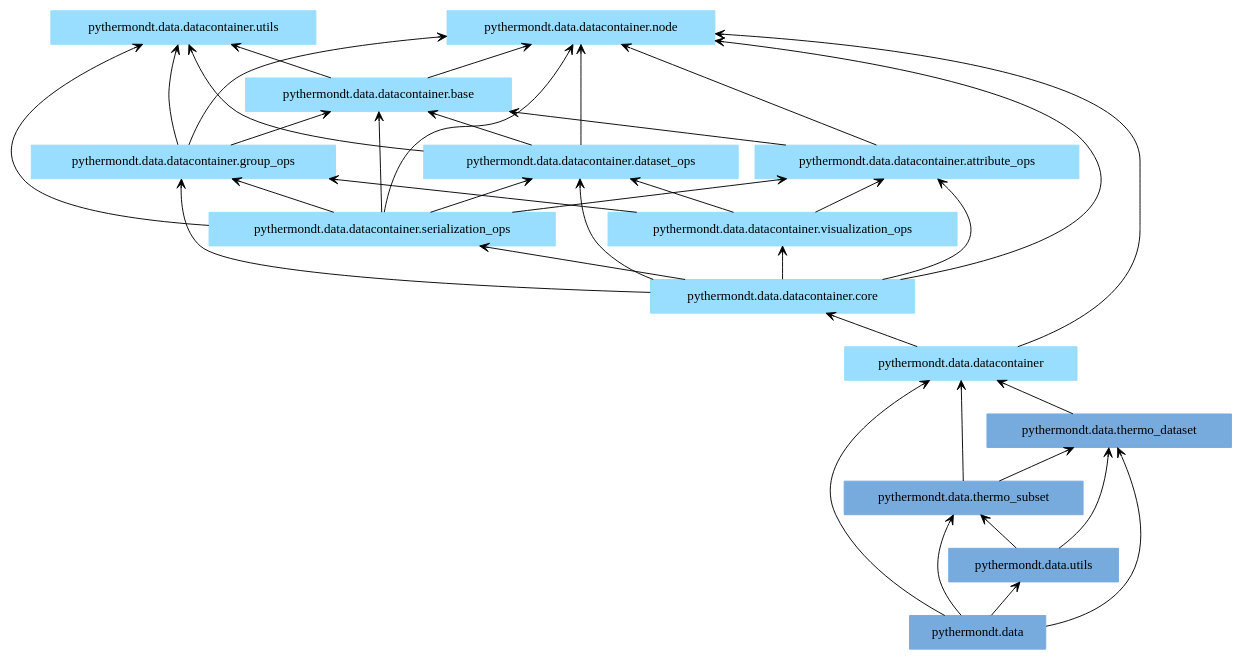
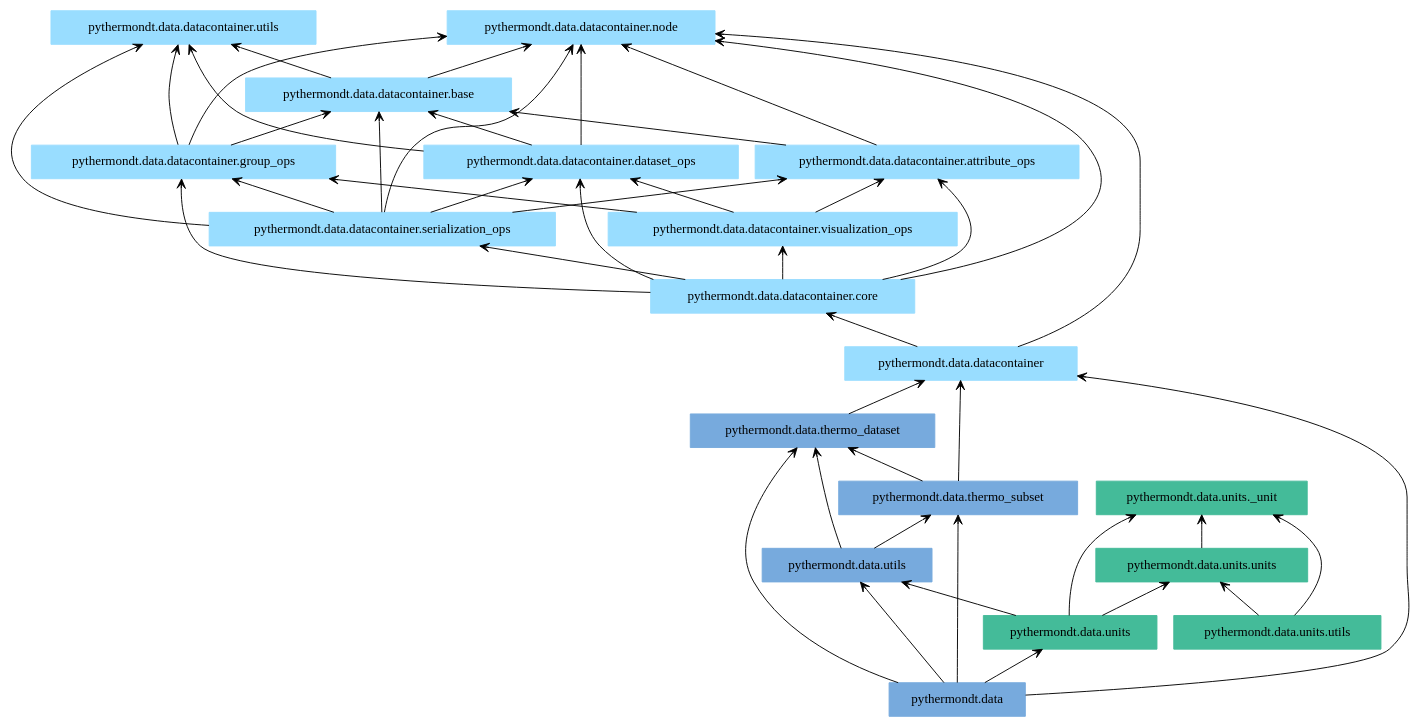
Before and after one commit to voidsy-gmbh/pyThermoNDT: the diagram in docs/pyreverse/packages_pythermondt.data.gv, drawn with Graphviz. The commit also changed 34 other files, not shown here.

```diff
--- a/docs/pyreverse/packages_pythermondt.data.gv
+++ b/docs/pyreverse/packages_pythermondt.data.gv
@@ -1,54 +1,65 @@
 digraph "packages_pythermondt.data" {
 rankdir=BT
 charset="utf-8"
 "pythermondt.data" [color="#77AADD", label=<pythermondt.data>, shape="box", style="filled"];
 "pythermondt.data.datacontainer" [color="#99DDFF", label=<pythermondt.data.datacontainer>, shape="box", style="filled"];
 "pythermondt.data.datacontainer.attribute_ops" [color="#99DDFF", label=<pythermondt.data.datacontainer.attribute_ops>, shape="box", style="filled"];
 "pythermondt.data.datacontainer.base" [color="#99DDFF", label=<pythermondt.data.datacontainer.base>, shape="box", style="filled"];
 "pythermondt.data.datacontainer.core" [color="#99DDFF", label=<pythermondt.data.datacontainer.core>, shape="box", style="filled"];
 "pythermondt.data.datacontainer.dataset_ops" [color="#99DDFF", label=<pythermondt.data.datacontainer.dataset_ops>, shape="box", style="filled"];
 "pythermondt.data.datacontainer.group_ops" [color="#99DDFF", label=<pythermondt.data.datacontainer.group_ops>, shape="box", style="filled"];
 "pythermondt.data.datacontainer.node" [color="#99DDFF", label=<pythermondt.data.datacontainer.node>, shape="box", style="filled"];
 "pythermondt.data.datacontainer.serialization_ops" [color="#99DDFF", label=<pythermondt.data.datacontainer.serialization_ops>, shape="box", style="filled"];
 "pythermondt.data.datacontainer.utils" [color="#99DDFF", label=<pythermondt.data.datacontainer.utils>, shape="box", style="filled"];
 "pythermondt.data.datacontainer.visualization_ops" [color="#99DDFF", label=<pythermondt.data.datacontainer.visualization_ops>, shape="box", style="filled"];
 "pythermondt.data.thermo_dataset" [color="#77AADD", label=<pythermondt.data.thermo_dataset>, shape="box", style="filled"];
 "pythermondt.data.thermo_subset" [color="#77AADD", label=<pythermondt.data.thermo_subset>, shape="box", style="filled"];
+"pythermondt.data.units" [color="#44BB99", label=<pythermondt.data.units>, shape="box", style="filled"];
+"pythermondt.data.units._unit" [color="#44BB99", label=<pythermondt.data.units._unit>, shape="box", style="filled"];
+"pythermondt.data.units.units" [color="#44BB99", label=<pythermondt.data.units.units>, shape="box", style="filled"];
+"pythermondt.data.units.utils" [color="#44BB99", label=<pythermondt.data.units.utils>, shape="box", style="filled"];
 "pythermondt.data.utils" [color="#77AADD", label=<pythermondt.data.utils>, shape="box", style="filled"];
 "pythermondt.data" -> "pythermondt.data.datacontainer" [arrowhead="open", arrowtail="none"];
 "pythermondt.data" -> "pythermondt.data.thermo_dataset" [arrowhead="open", arrowtail="none"];
 "pythermondt.data" -> "pythermondt.data.thermo_subset" [arrowhead="open", arrowtail="none"];
+"pythermondt.data" -> "pythermondt.data.units" [arrowhead="open", arrowtail="none"];
 "pythermondt.data" -> "pythermondt.data.utils" [arrowhead="open", arrowtail="none"];
 "pythermondt.data.datacontainer" -> "pythermondt.data.datacontainer.core" [arrowhead="open", arrowtail="none"];
 "pythermondt.data.datacontainer" -> "pythermondt.data.datacontainer.node" [arrowhead="open", arrowtail="none"];
 "pythermondt.data.datacontainer.attribute_ops" -> "pythermondt.data.datacontainer.base" [arrowhead="open", arrowtail="none"];
 "pythermondt.data.datacontainer.attribute_ops" -> "pythermondt.data.datacontainer.node" [arrowhead="open", arrowtail="none"];
 "pythermondt.data.datacontainer.base" -> "pythermondt.data.datacontainer.node" [arrowhead="open", arrowtail="none"];
 "pythermondt.data.datacontainer.base" -> "pythermondt.data.datacontainer.utils" [arrowhead="open", arrowtail="none"];
 "pythermondt.data.datacontainer.core" -> "pythermondt.data.datacontainer.attribute_ops" [arrowhead="open", arrowtail="none"];
 "pythermondt.data.datacontainer.core" -> "pythermondt.data.datacontainer.dataset_ops" [arrowhead="open", arrowtail="none"];
 "pythermondt.data.datacontainer.core" -> "pythermondt.data.datacontainer.group_ops" [arrowhead="open", arrowtail="none"];
 "pythermondt.data.datacontainer.core" -> "pythermondt.data.datacontainer.node" [arrowhead="open", arrowtail="none"];
 "pythermondt.data.datacontainer.core" -> "pythermondt.data.datacontainer.serialization_ops" [arrowhead="open", arrowtail="none"];
 "pythermondt.data.datacontainer.core" -> "pythermondt.data.datacontainer.visualization_ops" [arrowhead="open", arrowtail="none"];
 "pythermondt.data.datacontainer.dataset_ops" -> "pythermondt.data.datacontainer.base" [arrowhead="open", arrowtail="none"];
 "pythermondt.data.datacontainer.dataset_ops" -> "pythermondt.data.datacontainer.node" [arrowhead="open", arrowtail="none"];
 "pythermondt.data.datacontainer.dataset_ops" -> "pythermondt.data.datacontainer.utils" [arrowhead="open", arrowtail="none"];
 "pythermondt.data.datacontainer.group_ops" -> "pythermondt.data.datacontainer.base" [arrowhead="open", arrowtail="none"];
 "pythermondt.data.datacontainer.group_ops" -> "pythermondt.data.datacontainer.node" [arrowhead="open", arrowtail="none"];
 "pythermondt.data.datacontainer.group_ops" -> "pythermondt.data.datacontainer.utils" [arrowhead="open", arrowtail="none"];
 "pythermondt.data.datacontainer.serialization_ops" -> "pythermondt.data.datacontainer.attribute_ops" [arrowhead="open", arrowtail="none"];
 "pythermondt.data.datacontainer.serialization_ops" -> "pythermondt.data.datacontainer.base" [arrowhead="open", arrowtail="none"];
 "pythermondt.data.datacontainer.serialization_ops" -> "pythermondt.data.datacontainer.dataset_ops" [arrowhead="open", arrowtail="none"];
 "pythermondt.data.datacontainer.serialization_ops" -> "pythermondt.data.datacontainer.group_ops" [arrowhead="open", arrowtail="none"];
 "pythermondt.data.datacontainer.serialization_ops" -> "pythermondt.data.datacontainer.node" [arrowhead="open", arrowtail="none"];
 "pythermondt.data.datacontainer.serialization_ops" -> "pythermondt.data.datacontainer.utils" [arrowhead="open", arrowtail="none"];
 "pythermondt.data.datacontainer.visualization_ops" -> "pythermondt.data.datacontainer.attribute_ops" [arrowhead="open", arrowtail="none"];
 "pythermondt.data.datacontainer.visualization_ops" -> "pythermondt.data.datacontainer.dataset_ops" [arrowhead="open", arrowtail="none"];
 "pythermondt.data.datacontainer.visualization_ops" -> "pythermondt.data.datacontainer.group_ops" [arrowhead="open", arrowtail="none"];
 "pythermondt.data.thermo_dataset" -> "pythermondt.data.datacontainer" [arrowhead="open", arrowtail="none"];
 "pythermondt.data.thermo_subset" -> "pythermondt.data.datacontainer" [arrowhead="open", arrowtail="none"];
 "pythermondt.data.thermo_subset" -> "pythermondt.data.thermo_dataset" [arrowhead="open", arrowtail="none"];
+"pythermondt.data.units" -> "pythermondt.data.units._unit" [arrowhead="open", arrowtail="none"];
+"pythermondt.data.units" -> "pythermondt.data.units.units" [arrowhead="open", arrowtail="none"];
+"pythermondt.data.units" -> "pythermondt.data.utils" [arrowhead="open", arrowtail="none"];
+"pythermondt.data.units.units" -> "pythermondt.data.units._unit" [arrowhead="open", arrowtail="none"];
+"pythermondt.data.units.utils" -> "pythermondt.data.units._unit" [arrowhead="open", arrowtail="none"];
+"pythermondt.data.units.utils" -> "pythermondt.data.units.units" [arrowhead="open", arrowtail="none"];
 "pythermondt.data.utils" -> "pythermondt.data.thermo_dataset" [arrowhead="open", arrowtail="none"];
 "pythermondt.data.utils" -> "pythermondt.data.thermo_subset" [arrowhead="open", arrowtail="none"];
 }
```
